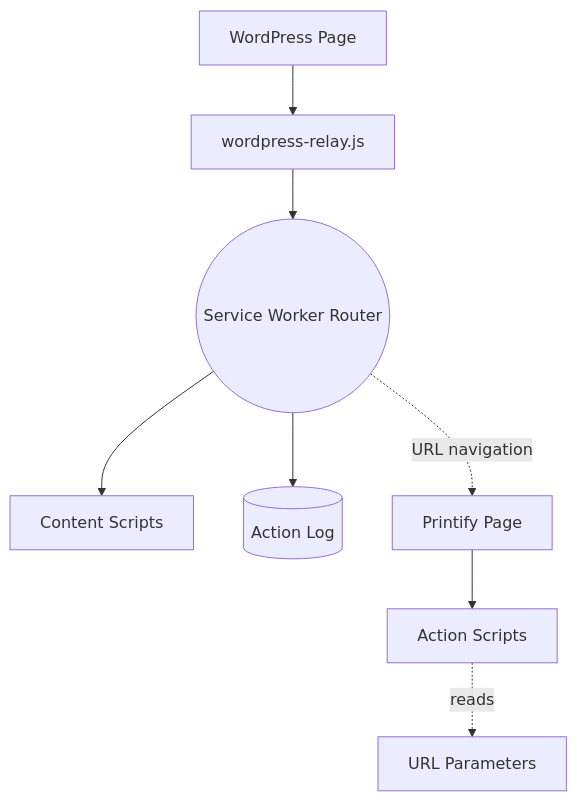
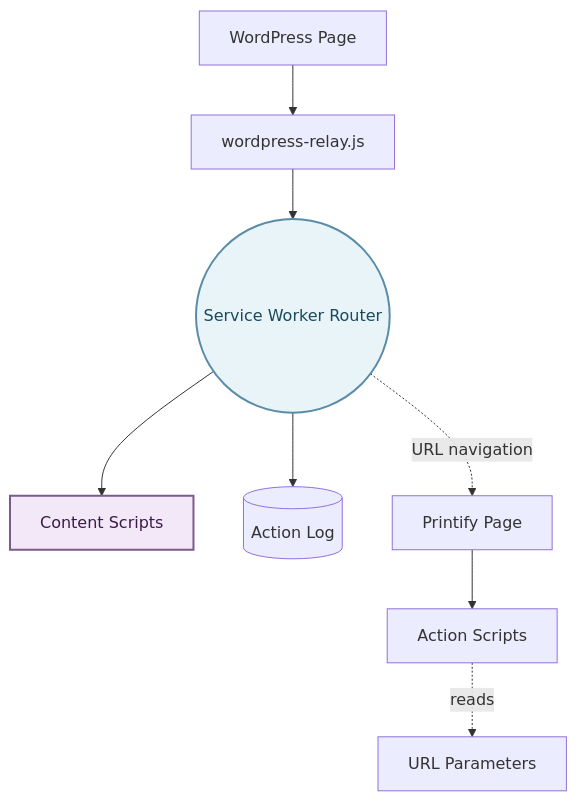
The seventh of 8 diagrams in guidelines/sip-printify-manager-extension-guidelines-v2.md (tdemelle-SiP/.claude), drawn with Mermaid before and after one commit. The commit also changed other lines of this file, not shown here.

````diff
--- a/guidelines/sip-printify-manager-extension-guidelines-v2.md
+++ b/guidelines/sip-printify-manager-extension-guidelines-v2.md
@@ -259,12 +394,19 @@
 ```mermaid
 graph TD
   WPPage["WordPress Page"] --> WPRelay[wordpress-relay.js]
   WPRelay --> Router((Service Worker Router))
   
   Router --> CS[Content Scripts]
   Router --> Logger[(Action Log)]
   Router -. URL navigation .-> PrintifyPage[Printify Page]
   
   PrintifyPage --> Actions[Action Scripts]
   Actions -. reads .-> URLParams[URL Parameters]
+  
+  %% Apply styles to match main architecture
+  classDef routerStyle fill:#e8f4f8,stroke:#5a8ca8,stroke-width:2px,color:#1a4a5c
+  classDef contentStyle fill:#f3e8f8,stroke:#7d5a8a,stroke-width:2px,color:#3d1a4a
+  
+  class Router routerStyle
+  class CS contentStyle
 ```
````
